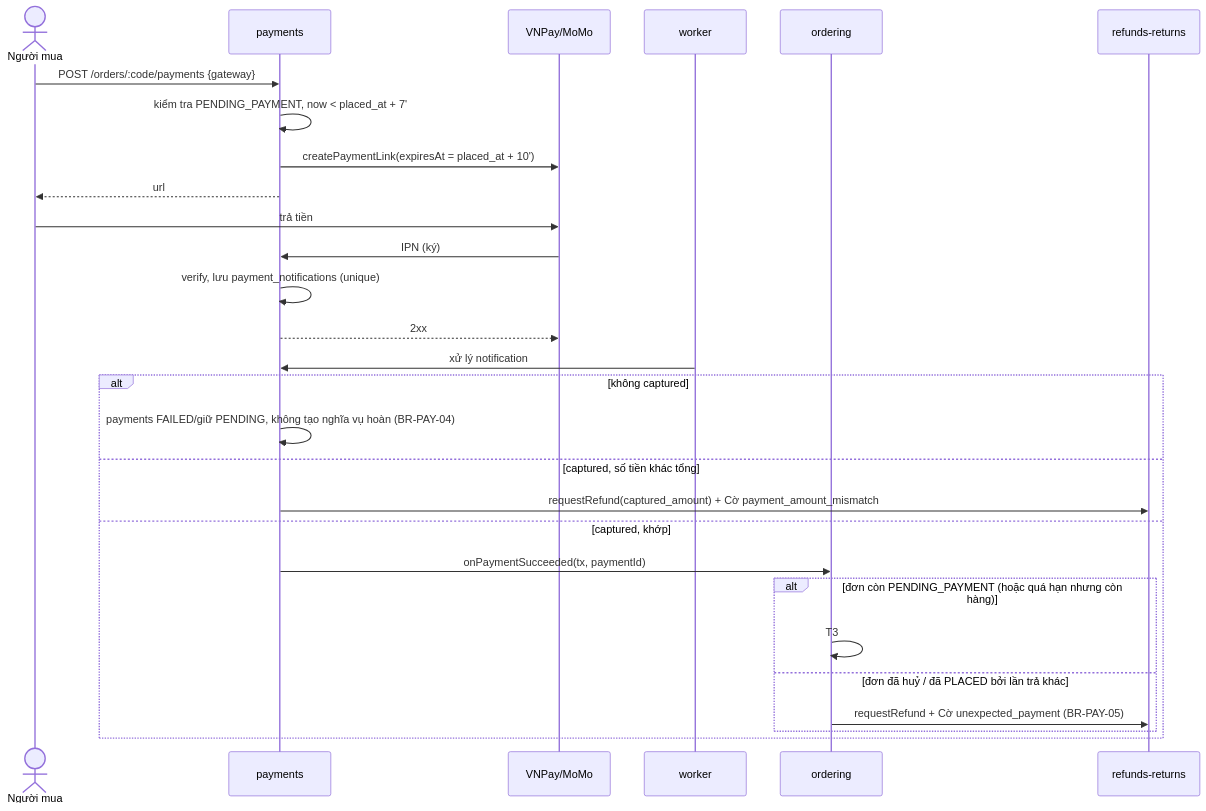
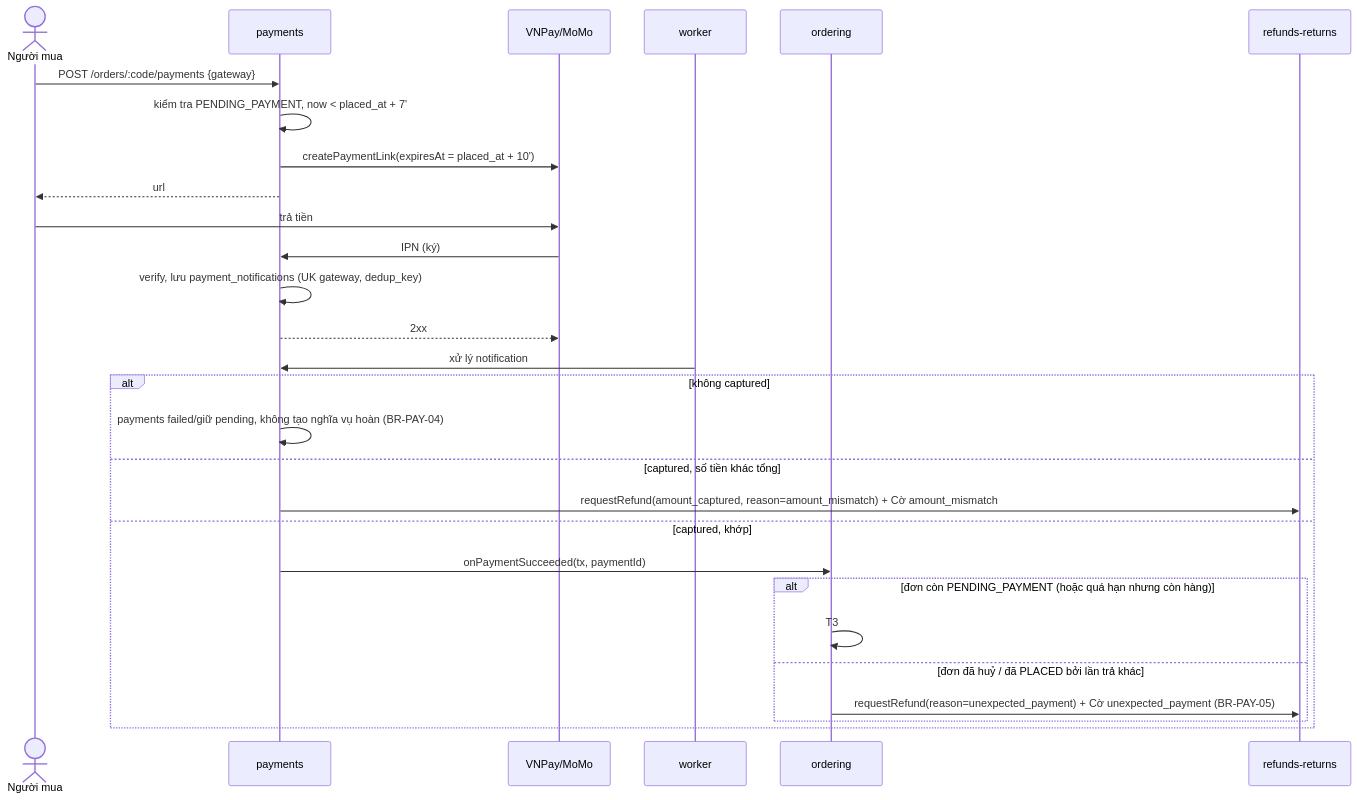
Before and after one commit to LuongCongThanh/be-demo: the diagram in docs/architecture/modules/payments.md, drawn with Mermaid. The commit also changed other lines of this file and 15 other files, not shown here.

Commit message:
docs: align module docs with target schema

````diff
--- a/docs/architecture/modules/payments.md
+++ b/docs/architecture/modules/payments.md
@@ -45,31 +45,31 @@
 ```mermaid
 sequenceDiagram
     actor B as Người mua
     participant P as payments
     participant G as VNPay/MoMo
     participant W as worker
     participant O as ordering
     participant R as refunds-returns
 
     B->>P: POST /orders/:code/payments {gateway}
     P->>P: kiểm tra PENDING_PAYMENT, now < placed_at + 7'
     P->>G: createPaymentLink(expiresAt = placed_at + 10')
     P-->>B: url
     B->>G: trả tiền
     G->>P: IPN (ký)
-    P->>P: verify, lưu payment_notifications (unique)
+    P->>P: verify, lưu payment_notifications (UK gateway, dedup_key)
     P-->>G: 2xx
     W->>P: xử lý notification
     alt không captured
-        P->>P: payments FAILED/giữ PENDING, không tạo nghĩa vụ hoàn (BR-PAY-04)
+        P->>P: payments failed/giữ pending, không tạo nghĩa vụ hoàn (BR-PAY-04)
     else captured, số tiền khác tổng
-        P->>R: requestRefund(captured_amount) + Cờ payment_amount_mismatch
+        P->>R: requestRefund(amount_captured, reason=amount_mismatch) + Cờ amount_mismatch
     else captured, khớp
         P->>O: onPaymentSucceeded(tx, paymentId)
         alt đơn còn PENDING_PAYMENT (hoặc quá hạn nhưng còn hàng)
             O->>O: T3
         else đơn đã huỷ / đã PLACED bởi lần trả khác
-            O->>R: requestRefund + Cờ unexpected_payment (BR-PAY-05)
+            O->>R: requestRefund(reason=unexpected_payment) + Cờ unexpected_payment (BR-PAY-05)
         end
     end
 ```
````
